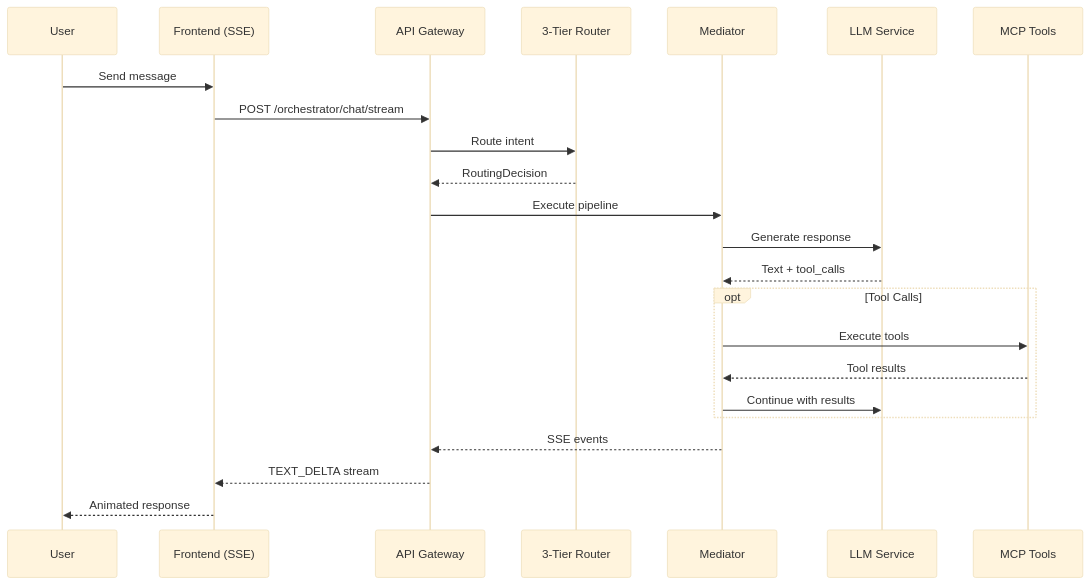
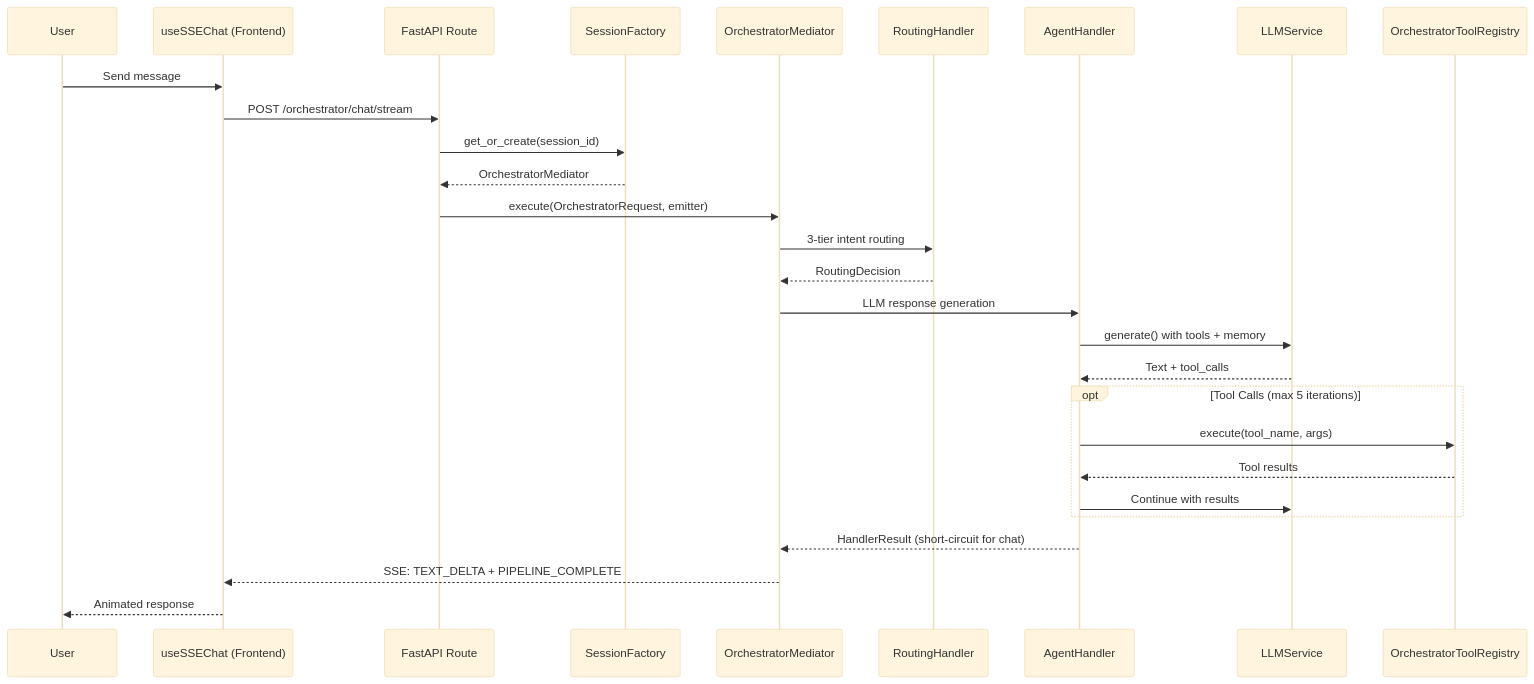
One commit to laitim2001/ai-semantic-kernel-framework-project changed the first of 5 diagrams in docs/07-analysis/V9/04-flows/flows-01-to-05.md. Above: the diagram before and after it, drawn with Mermaid (base theme). The commit also changed other lines of this file and 8 other files, not shown here.

````diff
--- a/docs/07-analysis/V9/04-flows/flows-01-to-05.md
+++ b/docs/07-analysis/V9/04-flows/flows-01-to-05.md
@@ -13,26 +13,31 @@
 ```mermaid
 sequenceDiagram
     participant U as User
-    participant FE as Frontend (SSE)
-    participant API as API Gateway
-    participant RT as 3-Tier Router
-    participant MED as Mediator
-    participant LLM as LLM Service
-    participant MCP as MCP Tools
+    participant FE as useSSEChat (Frontend)
+    participant API as FastAPI Route
+    participant SF as SessionFactory
+    participant MED as OrchestratorMediator
+    participant ROUTE as RoutingHandler
+    participant AGENT as AgentHandler
+    participant LLM as LLMService
+    participant TOOLS as OrchestratorToolRegistry
 
     U->>FE: Send message
     FE->>API: POST /orchestrator/chat/stream
-    API->>RT: Route intent
-    RT-->>API: RoutingDecision
-    API->>MED: Execute pipeline
-    MED->>LLM: Generate response
-    LLM-->>MED: Text + tool_calls
-    opt Tool Calls
-        MED->>MCP: Execute tools
-        MCP-->>MED: Tool results
-        MED->>LLM: Continue with results
+    API->>SF: get_or_create(session_id)
+    SF-->>API: OrchestratorMediator
+    API->>MED: execute(OrchestratorRequest, emitter)
+    MED->>ROUTE: 3-tier intent routing
+    ROUTE-->>MED: RoutingDecision
+    MED->>AGENT: LLM response generation
+    AGENT->>LLM: generate() with tools + memory
+    LLM-->>AGENT: Text + tool_calls
+    opt Tool Calls (max 5 iterations)
+        AGENT->>TOOLS: execute(tool_name, args)
+        TOOLS-->>AGENT: Tool results
+        AGENT->>LLM: Continue with results
     end
-    MED-->>API: SSE events
-    API-->>FE: TEXT_DELTA stream
+    AGENT-->>MED: HandlerResult (short-circuit for chat)
+    MED-->>FE: SSE: TEXT_DELTA + PIPELINE_COMPLETE
     FE-->>U: Animated response
 ```
````
